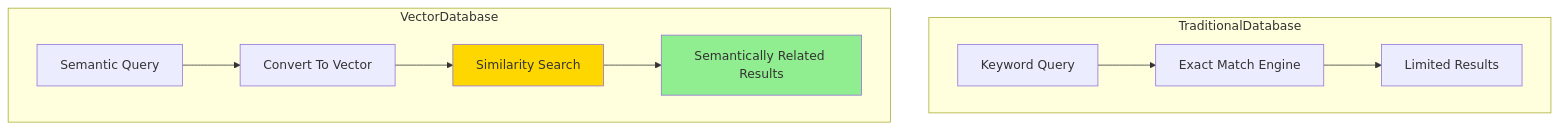
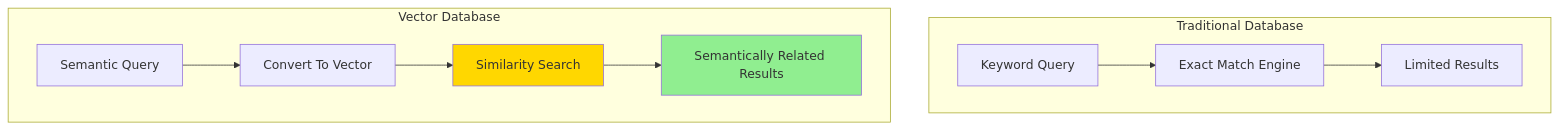
One commit to Kadiwalhussain/LangChain changed the second of 17 diagrams in 13.VectorStores/README.md. Above: the diagram before and after it, drawn with Mermaid. The commit also changed other lines of this file and 7 other files, not shown here.

First line of the commit message:
Fix Mermaid diagram syntax errors in all README files

````diff
--- a/13.VectorStores/README.md
+++ b/13.VectorStores/README.md
@@ -44,16 +44,16 @@
 ```mermaid
 graph TB
-    subgraph TraditionalDatabase
+    subgraph Traditional["Traditional Database"]
         A1[Keyword Query] --> B1[Exact Match Engine]
         B1 --> C1[Limited Results]
     end
     
-    subgraph VectorDatabase
+    subgraph Vector["Vector Database"]
         A2[Semantic Query] --> B2[Convert To Vector]
         B2 --> C2[Similarity Search]
         C2 --> D2[Semantically Related Results]
     end
     
     style C2 fill:#FFD700
     style D2 fill:#90EE90
 ```
````
